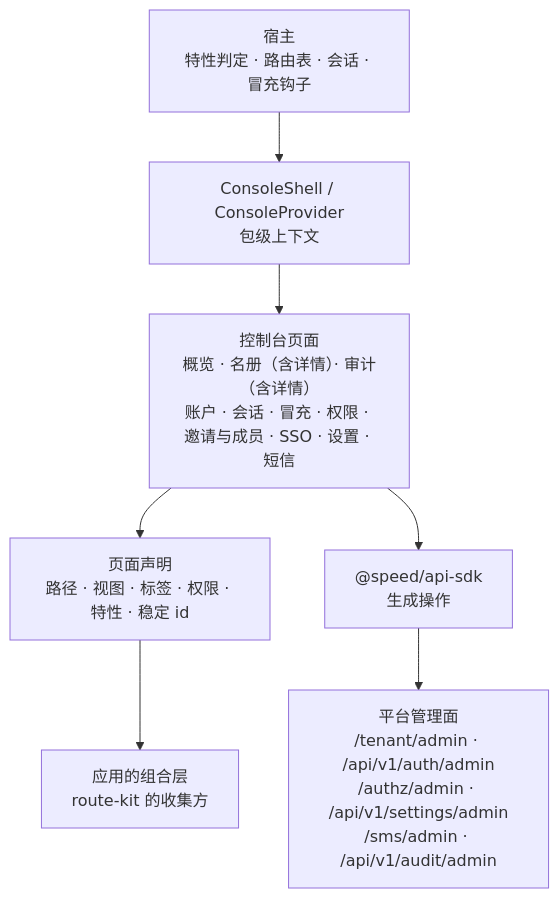
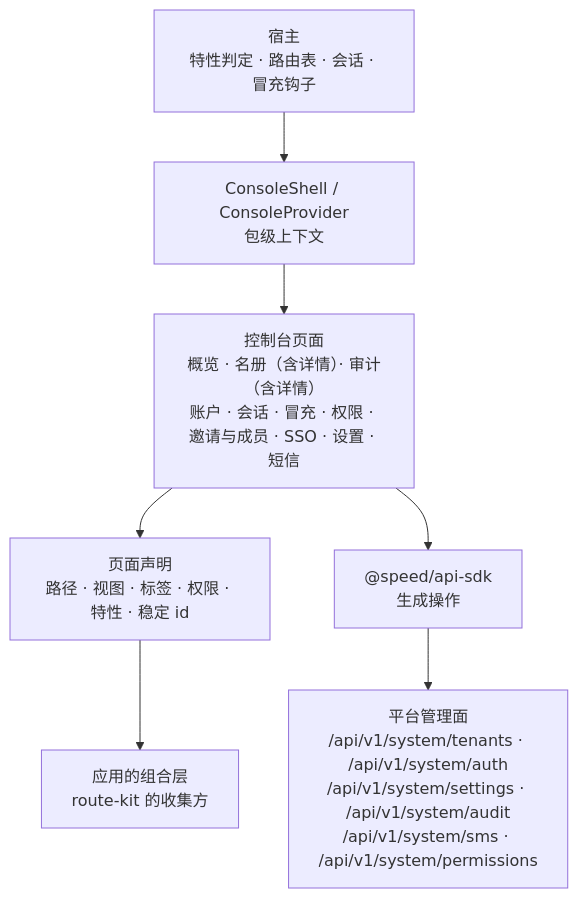
One commit to wangzw/speed changed the diagram in docs/design/modules/web/design-web-console-ui.md. Above: the diagram before and after it, drawn with Mermaid. The commit also changed other lines of this file and 195 other files, not shown here.

````diff
--- a/docs/design/modules/web/design-web-console-ui.md
+++ b/docs/design/modules/web/design-web-console-ui.md
@@ -259,16 +259,16 @@
 ```mermaid
 graph TD
     pages["控制台页面\n概览 · 名册（含详情）· 审计（含详情）\n账户 · 会话 · 冒充 · 权限 · 邀请与成员 · SSO · 设置 · 短信"]
     decl["页面声明\n路径 · 视图 · 标签 · 权限 · 特性 · 稳定 id"]
     collect["应用的组合层\nroute-kit 的收集方"]
     host["宿主\n特性判定 · 路由表 · 会话 · 冒充钩子"]
     frame["ConsoleShell / ConsoleProvider\n包级上下文"]
     api["@speed/api-sdk\n生成操作"]
-    platform["平台管理面\n/tenant/admin · /api/v1/auth/admin\n/authz/admin · /api/v1/settings/admin\n/sms/admin · /api/v1/audit/admin"]
+    platform["平台管理面\n/api/v1/system/tenants · /api/v1/system/auth\n/api/v1/system/settings · /api/v1/system/audit\n/api/v1/system/sms · /api/v1/system/permissions"]
     pages --> decl
     decl --> collect
     host --> frame
     frame --> pages
     pages --> api
     api --> platform
 ```
````
